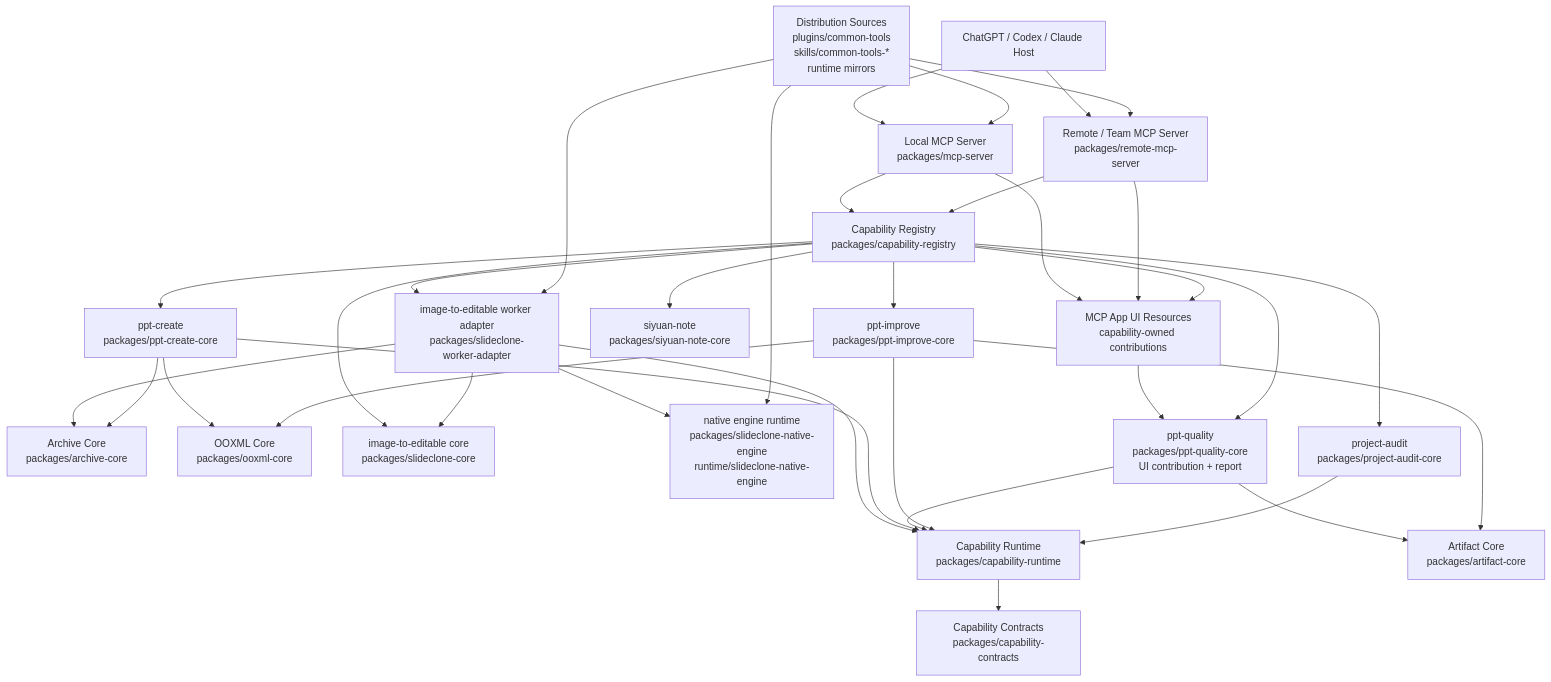
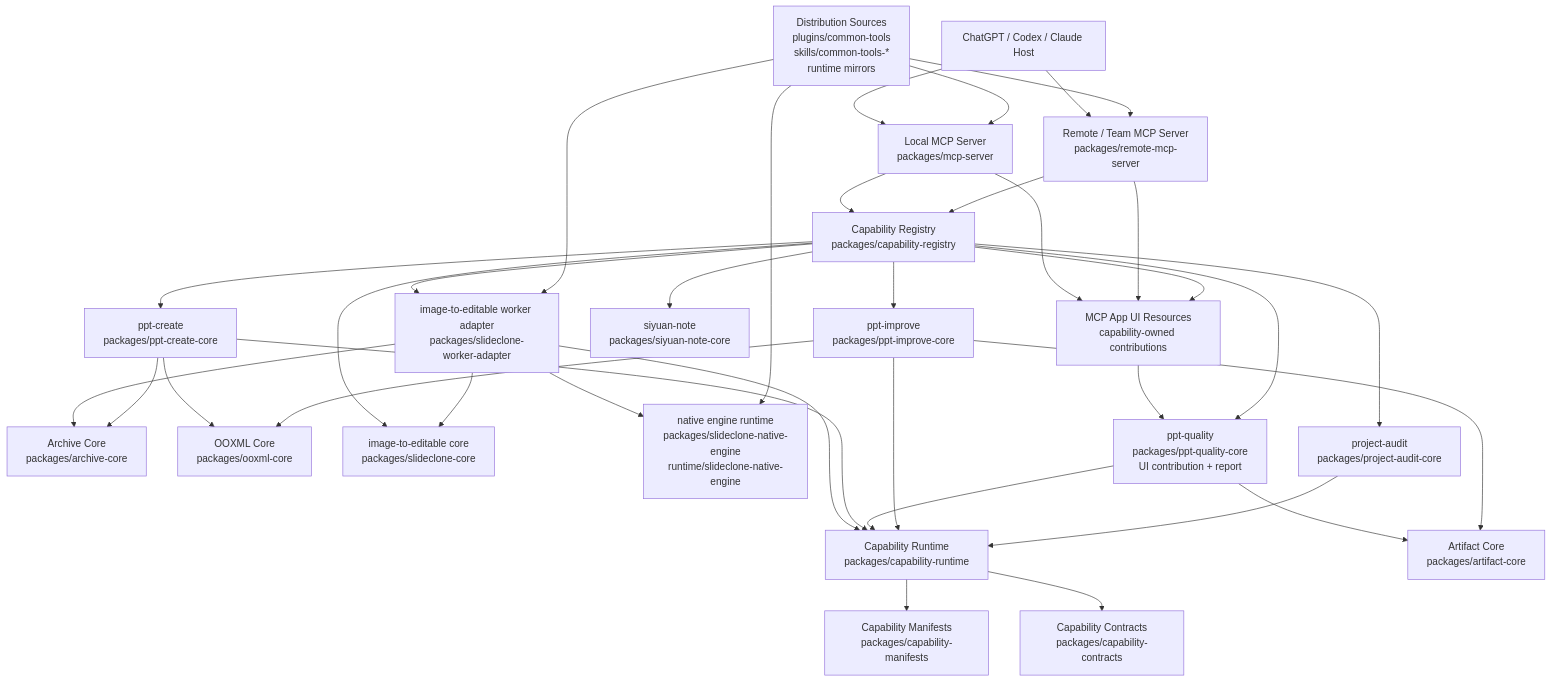
Before and after one commit to cbhandsun/common-tools: the diagram in docs/general-plugin-architecture.md, drawn with Mermaid. The commit also changed other lines of this file and 12 other files, not shown here.

````diff
--- a/docs/general-plugin-architecture.md
+++ b/docs/general-plugin-architecture.md
@@ -5,58 +5,60 @@
 ```mermaid
 flowchart TD
   Host["ChatGPT / Codex / Claude Host"]
   LocalMcp["Local MCP Server\npackages/mcp-server"]
   RemoteMcp["Remote / Team MCP Server\npackages/remote-mcp-server"]
   Registry["Capability Registry\npackages/capability-registry"]
   Runtime["Capability Runtime\npackages/capability-runtime"]
+  Manifests["Capability Manifests\npackages/capability-manifests"]
   Contracts["Capability Contracts\npackages/capability-contracts"]
   Artifacts["Artifact Core\npackages/artifact-core"]
   Archive["Archive Core\npackages/archive-core"]
   Ooxml["OOXML Core\npackages/ooxml-core"]
 
   ImageCore["image-to-editable core\npackages/slideclone-core"]
   ImageWorker["image-to-editable worker adapter\npackages/slideclone-worker-adapter"]
   ImageEngine["native engine runtime\npackages/slideclone-native-engine\nruntime/slideclone-native-engine"]
   PptCreate["ppt-create\npackages/ppt-create-core"]
   PptQuality["ppt-quality\npackages/ppt-quality-core\nUI contribution + report"]
   PptImprove["ppt-improve\npackages/ppt-improve-core"]
   ProjectAudit["project-audit\npackages/project-audit-core"]
   Siyuan["siyuan-note\npackages/siyuan-note-core"]
 
   Dist["Distribution Sources\nplugins/common-tools\nskills/common-tools-*\nruntime mirrors"]
   UI["MCP App UI Resources\ncapability-owned contributions"]
 
   Host --> LocalMcp
   Host --> RemoteMcp
   LocalMcp --> Registry
   RemoteMcp --> Registry
   LocalMcp --> UI
   RemoteMcp --> UI
   UI --> PptQuality
   Registry --> UI
   Registry --> ImageWorker
   Registry --> ImageCore
   Registry --> PptCreate
   Registry --> PptQuality
   Registry --> PptImprove
   Registry --> ProjectAudit
   Registry --> Siyuan
   ImageWorker --> Runtime
   ImageWorker --> ImageCore
   ImageWorker --> ImageEngine
   PptCreate --> Runtime
   PptQuality --> Runtime
   PptImprove --> Runtime
   ProjectAudit --> Runtime
+  Runtime --> Manifests
   Runtime --> Contracts
   ImageWorker --> Archive
   PptCreate --> Archive
   PptQuality --> Artifacts
   PptImprove --> Artifacts
   PptCreate --> Ooxml
   PptImprove --> Ooxml
   Dist --> LocalMcp
   Dist --> RemoteMcp
   Dist --> ImageWorker
   Dist --> ImageEngine
 ```
````
